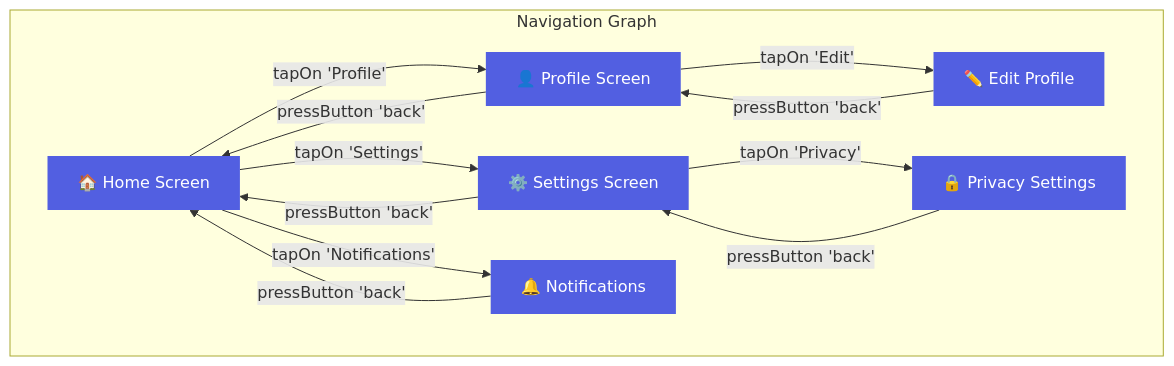
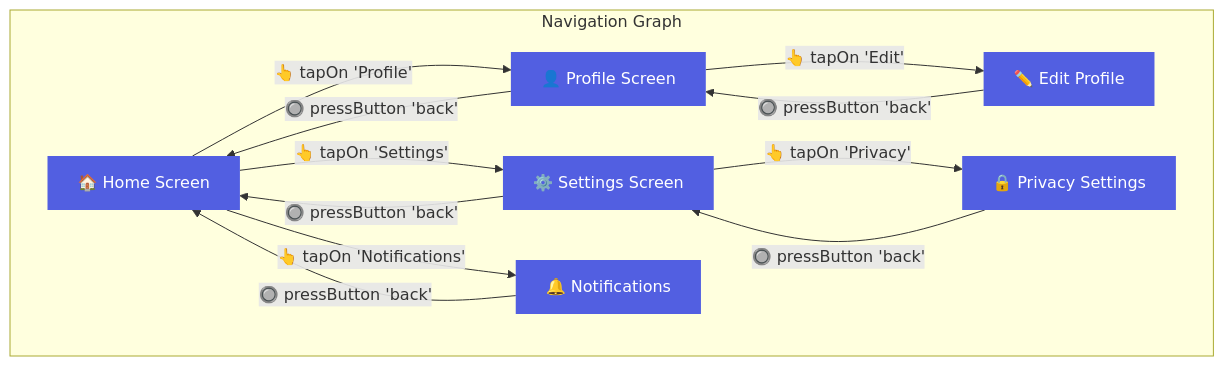
One commit to zillow/auto-mobile changed the diagram in docs/design-docs/mcp/nav/index.md. Above: the diagram before and after it, drawn with Mermaid. The commit also changed other lines of this file and 18 other files, not shown here.

````diff
--- a/docs/design-docs/mcp/nav/index.md
+++ b/docs/design-docs/mcp/nav/index.md
@@ -5,25 +5,25 @@
 ```mermaid
-graph TD
+flowchart TD
     subgraph Navigation Graph
         Home["🏠 Home Screen"]
         Profile["👤 Profile Screen"]
         Settings["⚙️ Settings Screen"]
         EditProfile["✏️ Edit Profile"]
         Notifications["🔔 Notifications"]
         Privacy["🔒 Privacy Settings"]
     end
 
-    Home -->|"tapOn 'Profile'"| Profile
-    Home -->|"tapOn 'Settings'"| Settings
-    Home -->|"tapOn 'Notifications'"| Notifications
-    Profile -->|"tapOn 'Edit'"| EditProfile
-    Profile -->|"pressButton 'back'"| Home
-    EditProfile -->|"pressButton 'back'"| Profile
-    Settings -->|"tapOn 'Privacy'"| Privacy
-    Settings -->|"pressButton 'back'"| Home
-    Privacy -->|"pressButton 'back'"| Settings
-    Notifications -->|"pressButton 'back'"| Home
+    Home -->|"👆 tapOn 'Profile'"| Profile
+    Home -->|"👆 tapOn 'Settings'"| Settings
+    Home -->|"👆 tapOn 'Notifications'"| Notifications
+    Profile -->|"👆 tapOn 'Edit'"| EditProfile
+    Profile -->|"🔘 pressButton 'back'"| Home
+    EditProfile -->|"🔘 pressButton 'back'"| Profile
+    Settings -->|"👆 tapOn 'Privacy'"| Privacy
+    Settings -->|"🔘 pressButton 'back'"| Home
+    Privacy -->|"🔘 pressButton 'back'"| Settings
+    Notifications -->|"🔘 pressButton 'back'"| Home
 
     classDef screen fill:#525FE1,stroke-width:0px,color:white;
     class Home,Profile,Settings,EditProfile,Notifications,Privacy screen;
 ```
````
